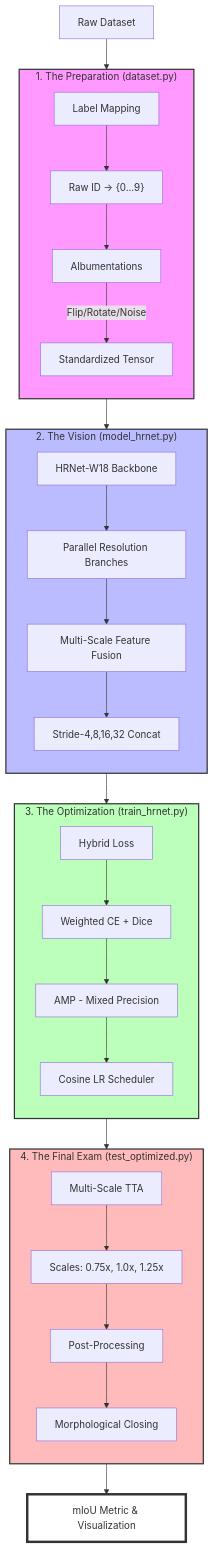
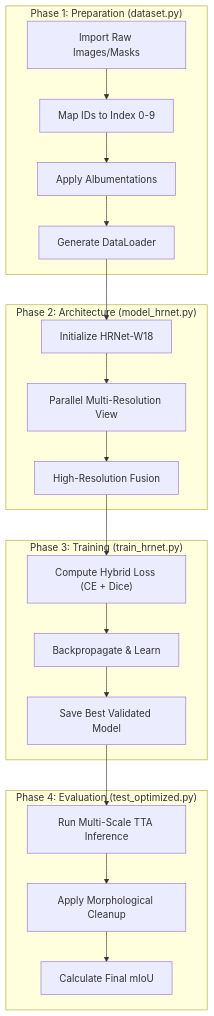
The diagram in README.md (Bit-Blitz/Falcon-Segmentation-Model), drawn with Mermaid before and after one commit. The commit also changed other lines of this file, not shown here.

Commit message:
revert flowchart to clean process-style without colors

````diff
--- a/README.md
+++ b/README.md
@@ -19,48 +19,26 @@
 ```mermaid
 graph TD
-    %% Data Flow
-    Input["Raw Dataset"] --> Prep
-    
-    subgraph Prep ["1. The Preparation (dataset.py)"]
-        direction TB
-        L1["Label Mapping"] --> L2["Raw ID -> {0...9}"]
-        L2 --> Aug["Albumentations"]
-        Aug -->|"Flip/Rotate/Noise"| Norm["Standardized Tensor"]
+    subgraph "Phase 1: Preparation (dataset.py)"
+        A1["Import Raw Images/Masks"] --> A2["Map IDs to Index 0-9"]
+        A2 --> A3["Apply Albumentations"]
+        A3 --> A4["Generate DataLoader"]
     end
 
-    Prep --> Brain
-    
-    subgraph Brain ["2. The Vision (model_hrnet.py)"]
-        direction TB
-        H1["HRNet-W18 Backbone"] --> H2["Parallel Resolution Branches"]
-        H2 --> H3["Multi-Scale Feature Fusion"]
-        H3 --> H4["Stride-4,8,16,32 Concat"]
+    subgraph "Phase 2: Architecture (model_hrnet.py)"
+        A4 --> B1["Initialize HRNet-W18"]
+        B1 --> B2["Parallel Multi-Resolution View"]
+        B2 --> B3["High-Resolution Fusion"]
     end
 
-    Brain --> Train
-    
-    subgraph Train ["3. The Optimization (train_hrnet.py)"]
-        direction TB
-        O1["Hybrid Loss"] --> O2["Weighted CE + Dice"]
-        O2 --> O3["AMP - Mixed Precision"]
-        O3 --> O4["Cosine LR Scheduler"]
+    subgraph "Phase 3: Training (train_hrnet.py)"
+        B3 --> C1["Compute Hybrid Loss (CE + Dice)"]
+        C1 --> C2["Backpropagate & Learn"]
+        C2 --> C3["Save Best Validated Model"]
     end
 
-    Train --> Inference
-    
-    subgraph Inference ["4. The Final Exam (test_optimized.py)"]
-        direction TB
-        F1["Multi-Scale TTA"] --> F2["Scales: 0.75x, 1.0x, 1.25x"]
-        F2 --> F3["Post-Processing"]
-        F3 --> F4["Morphological Closing"]
+    subgraph "Phase 4: Evaluation (test_optimized.py)"
+        C3 --> D1["Run Multi-Scale TTA Inference"]
+        D1 --> D2["Apply Morphological Cleanup"]
+        D2 --> D3["Calculate Final mIoU"]
     end
-
-    Inference --> Res[mIoU Metric & Visualization]
-
-    %% Styling
-    style Prep fill:#f9f,stroke:#333,stroke-width:2px
-    style Brain fill:#bbf,stroke:#333,stroke-width:2px
-    style Train fill:#bfb,stroke:#333,stroke-width:2px
-    style Inference fill:#fbb,stroke:#333,stroke-width:2px
-    style Res fill:#fff,stroke:#333,stroke-width:4px
 ```
````
